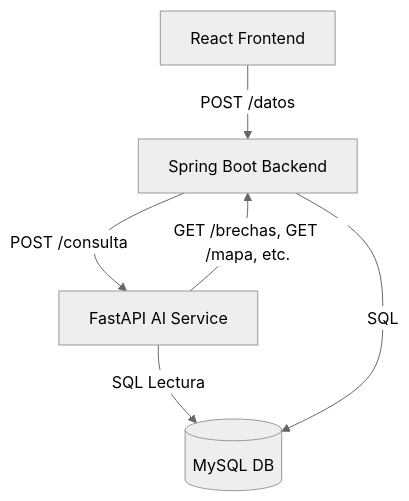
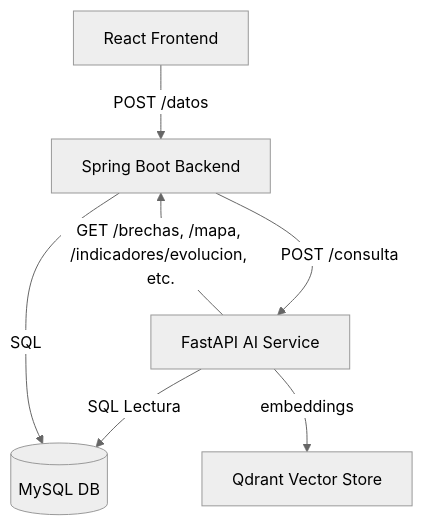
The third of 3 diagrams in docs/ARQUITECTURA_AI.md (No-Country-simulation/S06-26-NC-EQUIPO--72), drawn with Mermaid (neutral theme) before and after one commit. The commit also changed other lines of this file and 44 other files, not shown here.

````diff
--- a/docs/ARQUITECTURA_AI.md
+++ b/docs/ARQUITECTURA_AI.md
@@ -162,13 +185,15 @@
 ```mermaid
 graph TD
     Frontend[React Frontend]
     Backend[Spring Boot Backend]
     AIService[FastAPI AI Service]
     DB[(MySQL DB)]
+    Qdrant[Qdrant Vector Store]
     
     Frontend -- POST /datos --> Backend
     Backend -- POST /consulta --> AIService
-    AIService -- GET /brechas, GET /mapa, etc. --> Backend
+    AIService -- GET /brechas, /mapa, /indicadores/evolucion, etc. --> Backend
     AIService -- SQL Lectura --> DB
     Backend -- SQL --> DB
+    AIService -- embeddings --> Qdrant
 ```
````
